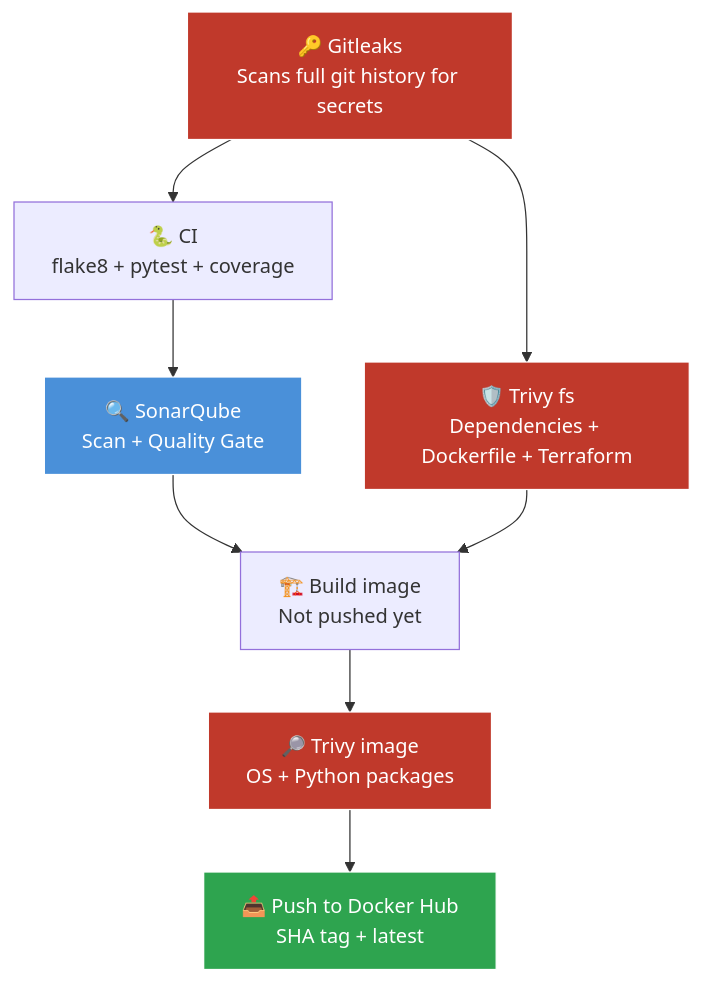
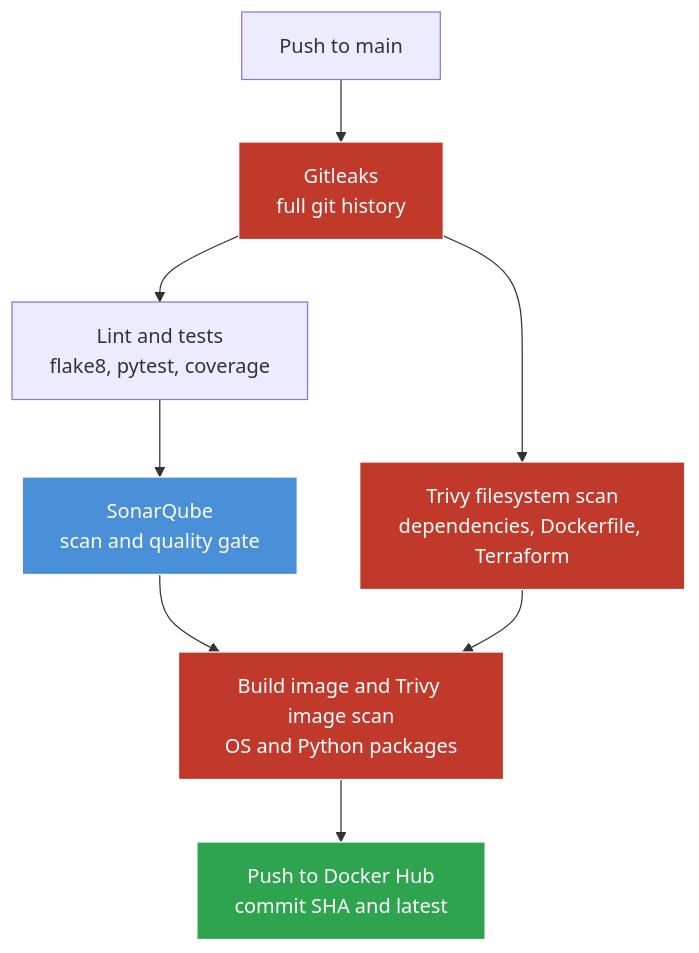
Before and after one commit to ArshadKhan-007/URL-SHORTENER-CI-CD-ECS: the third of 7 diagrams in README.md, drawn with Mermaid. The commit also changed other lines of this file, not shown here.

````diff
--- a/README.md
+++ b/README.md
@@ -36,16 +128,16 @@
 ```mermaid
 flowchart TD
-    A["🔑 Gitleaks<br/>Scans full git history for secrets"] --> B["🐍 CI<br/>flake8 + pytest + coverage"]
-    A --> C["🛡️ Trivy fs<br/>Dependencies + Dockerfile + Terraform"]
-    B --> D["🔍 SonarQube<br/>Scan + Quality Gate"]
-    D --> E["🏗️ Build image<br/>Not pushed yet"]
-    C --> E
-    E --> F["🔎 Trivy image<br/>OS + Python packages"]
-    F --> G["📤 Push to Docker Hub<br/>SHA tag + latest"]
+    push["Push to main"] --> gl["Gitleaks<br/>full git history"]
+    gl --> test["Lint and tests<br/>flake8, pytest, coverage"]
+    gl --> tfs["Trivy filesystem scan<br/>dependencies, Dockerfile, Terraform"]
+    test --> sonar["SonarQube<br/>scan and quality gate"]
+    sonar --> img["Build image and Trivy image scan<br/>OS and Python packages"]
+    tfs --> img
+    img --> pushimg["Push to Docker Hub<br/>commit SHA and latest"]
 
-    style A fill:#c0392b,stroke:#fff,color:#fff
-    style C fill:#c0392b,stroke:#fff,color:#fff
-    style F fill:#c0392b,stroke:#fff,color:#fff
-    style D fill:#4a90d9,stroke:#fff,color:#fff
-    style G fill:#2ea44f,stroke:#fff,color:#fff
+    style gl fill:#c0392b,stroke:#fff,color:#fff
+    style tfs fill:#c0392b,stroke:#fff,color:#fff
+    style img fill:#c0392b,stroke:#fff,color:#fff
+    style sonar fill:#4a90d9,stroke:#fff,color:#fff
+    style pushimg fill:#2ea44f,stroke:#fff,color:#fff
 ```
````
